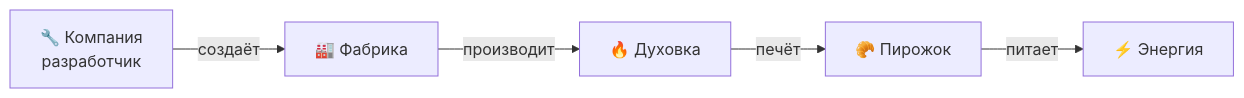
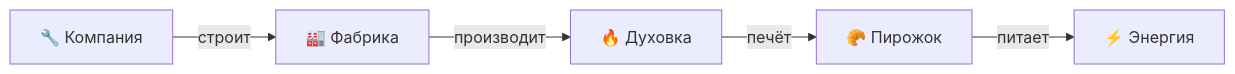
One commit to ypolosov/talk-ai-driven-sdlc changed the diagram in slides/04-bakery-value-chain.md. Above: the diagram before and after it, drawn with Mermaid. The commit also changed other lines of this file and 8 other files, not shown here.

````diff
--- a/slides/04-bakery-value-chain.md
+++ b/slides/04-bakery-value-chain.md
@@ -13,7 +13,7 @@
 ```mermaid
 graph LR
-    A[🔧 Компания<br/>разработчик] -->|создаёт| B[🏭 Фабрика]
+    A[🔧 Компания ] -->|строит| B[🏭 Фабрика]
     B -->|производит| C[🔥 Духовка]
     C -->|печёт| D[🥐 Пирожок]
     D -->|питает| E[⚡ Энергия]
 ```
````
